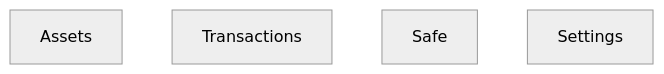
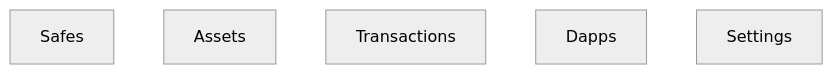
The first of 9 diagrams in docs/fun.md (safe-global/safe-ios), drawn with Mermaid (neutral theme) before and after one commit. The commit also changed other lines of this file and 1 other file, not shown here.

Commit message:
refs/heads/update-docs Updated document structure and diagrams

````diff
--- a/docs/fun.md
+++ b/docs/fun.md
@@ -7,8 +7,13 @@
 ```mermaid
 graph
+    Safes
     Assets
     Transactions
-    Safe
+    Dapps
     Settings
+    click Safes "#safes"
     click Assets "#assets"
+    click Transactions "#transactions"
+    click Dapps "#dapps"
+    click Settings "#settings"
 ```
````
